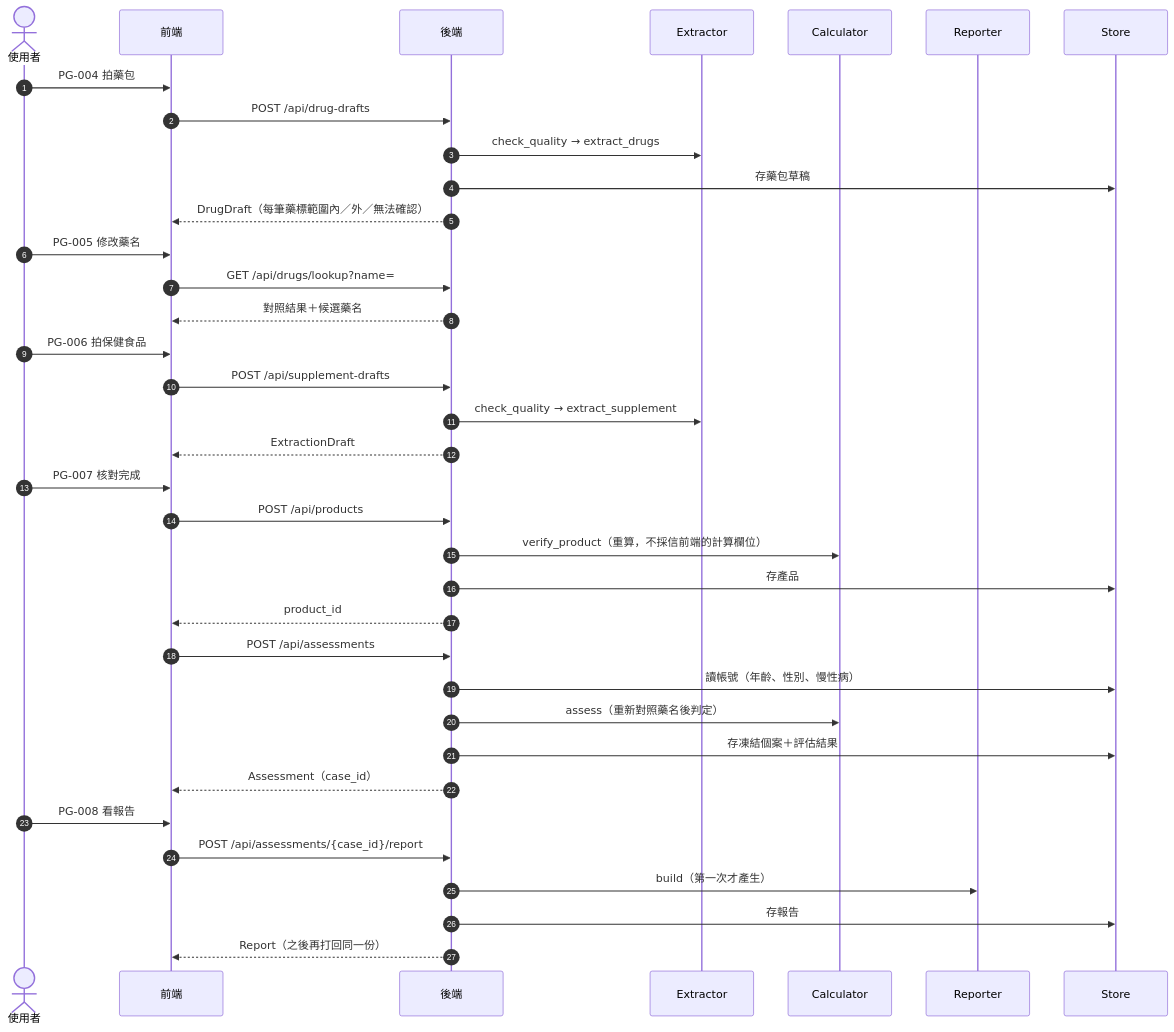
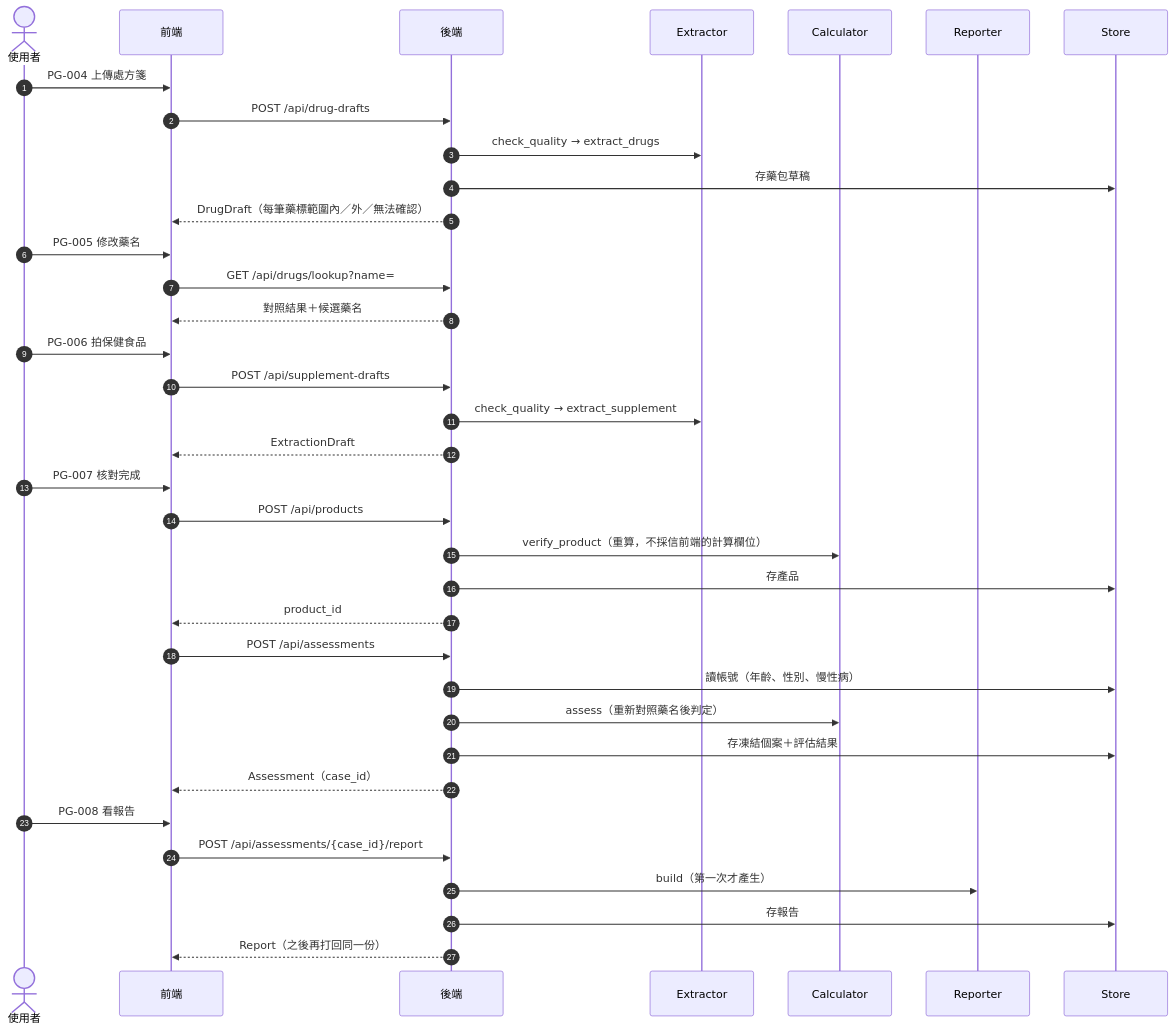
The second of 2 diagrams in docs/architecture.md (polun1210/aipe04_project_g4), drawn with Mermaid before and after one commit. The commit also changed other lines of this file and 6 other files, not shown here.

````diff
--- a/docs/architecture.md
+++ b/docs/architecture.md
@@ -95,44 +95,44 @@
 ```mermaid
 sequenceDiagram
     autonumber
     actor U as 使用者
     participant FE as 前端
     participant BE as 後端
     participant EX as Extractor
     participant CA as Calculator
     participant RE as Reporter
     participant ST as Store
 
-    U->>FE: PG-004 拍藥包
+    U->>FE: PG-004 上傳處方箋
     FE->>BE: POST /api/drug-drafts
     BE->>EX: check_quality → extract_drugs
     BE->>ST: 存藥包草稿
     BE-->>FE: DrugDraft（每筆藥標範圍內／外／無法確認）
 
     U->>FE: PG-005 修改藥名
     FE->>BE: GET /api/drugs/lookup?name=
     BE-->>FE: 對照結果＋候選藥名
 
     U->>FE: PG-006 拍保健食品
     FE->>BE: POST /api/supplement-drafts
     BE->>EX: check_quality → extract_supplement
     BE-->>FE: ExtractionDraft
 
     U->>FE: PG-007 核對完成
     FE->>BE: POST /api/products
     BE->>CA: verify_product（重算，不採信前端的計算欄位）
     BE->>ST: 存產品
     BE-->>FE: product_id
 
     FE->>BE: POST /api/assessments
     BE->>ST: 讀帳號（年齡、性別、慢性病）
     BE->>CA: assess（重新對照藥名後判定）
     BE->>ST: 存凍結個案＋評估結果
     BE-->>FE: Assessment（case_id）
 
     U->>FE: PG-008 看報告
     FE->>BE: POST /api/assessments/{case_id}/report
     BE->>RE: build（第一次才產生）
     BE->>ST: 存報告
     BE-->>FE: Report（之後再打回同一份）
 ```
````
